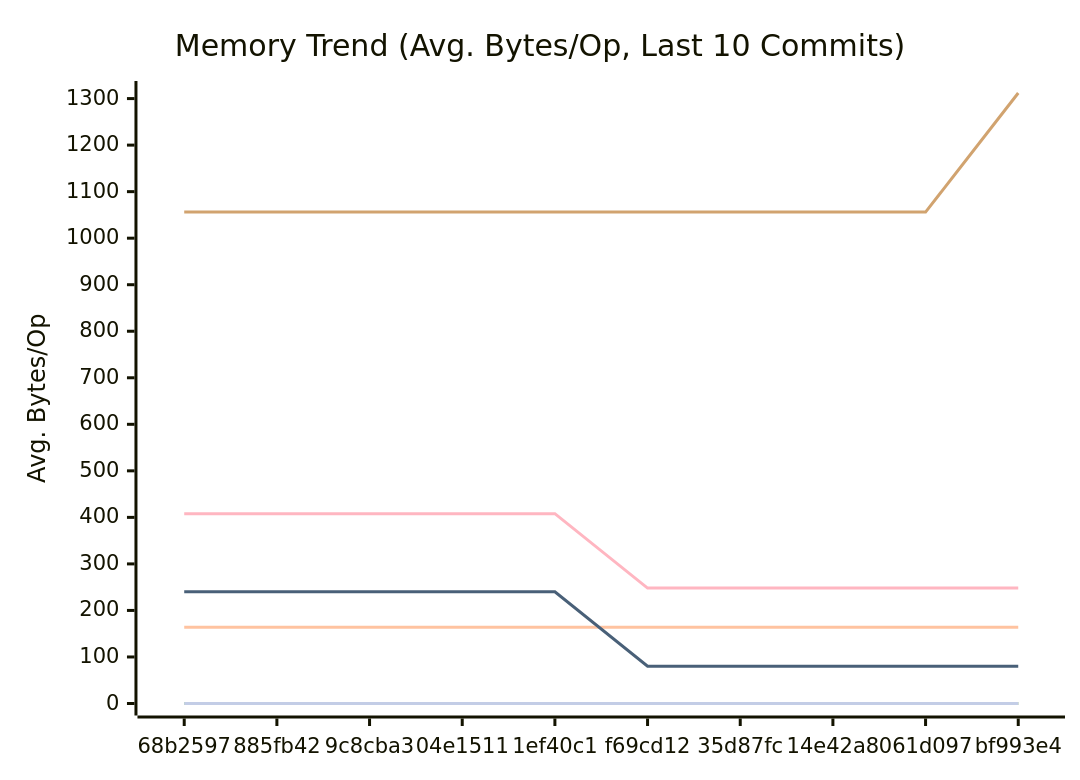
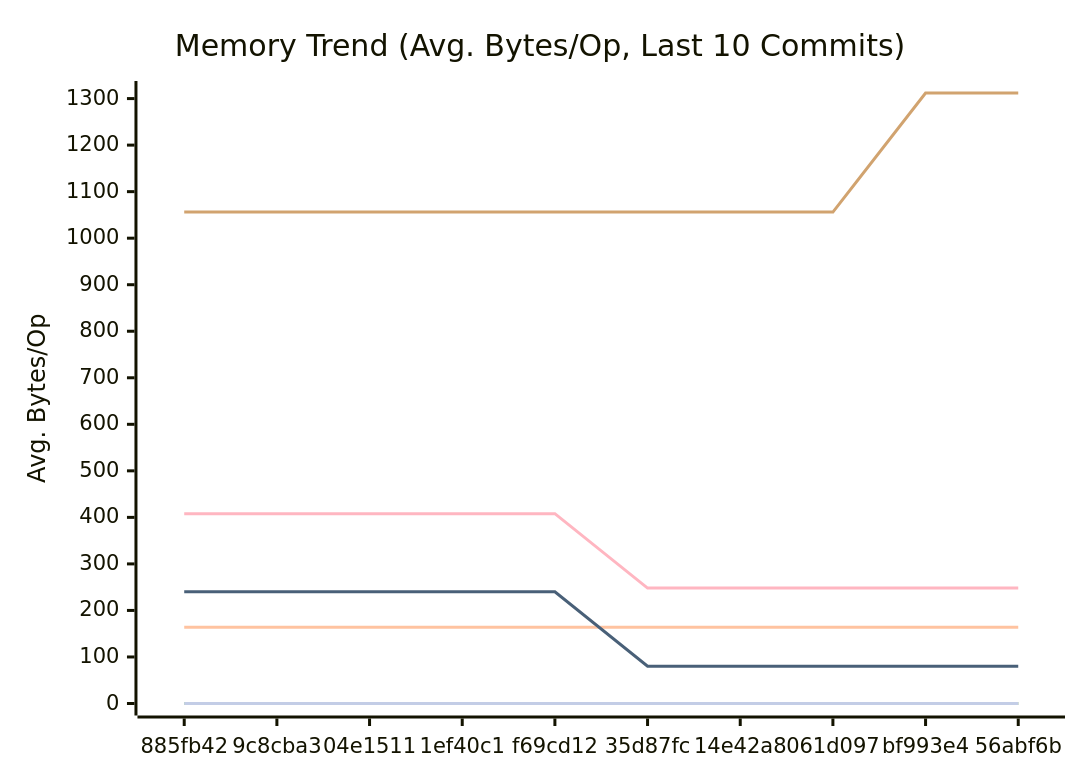
One commit to alsotoes/momo changed the second of 3 diagrams in docs/PERFORMANCE.md. Above: the diagram before and after it, drawn with Mermaid. The commit also changed other lines of this file and 1 other file, not shown here.

````diff
--- a/docs/PERFORMANCE.md
+++ b/docs/PERFORMANCE.md
@@ -99,16 +97,16 @@
 ```mermaid
 xychart-beta
     title "Memory Trend (Avg. Bytes/Op, Last 10 Commits)"
     x-axis "Commit"
     y-axis "Avg. Bytes/Op"
-    x-axis [68b2597,885fb42,9c8cba3,04e1511,1ef40c1,f69cd12,35d87fc,14e42a8,061d097,bf993e4]
+    x-axis [885fb42,9c8cba3,04e1511,1ef40c1,f69cd12,35d87fc,14e42a8,061d097,bf993e4,56abf6b]
     line "CheckMetricsAndSwap" [0,0,0,0,0,0,0,0,0,0]
     line "CrushOptimized" [0,0,0,0,0,0,0,0,0,0]
     line "CrushOriginal" [164,164,164,164,164,164,164,164,164,164]
     line "IndexDirectTracking" [0,0,0,0,0,0,0,0,0,0]
     line "IndexSearch" [0,0,0,0,0,0,0,0,0,0]
-    line "LoadGlobalConfig" [1056,1056,1056,1056,1056,1056,1056,1056,1056,1312]
+    line "LoadGlobalConfig" [1056,1056,1056,1056,1056,1056,1056,1056,1312,1312]
     line "PadString" [0,0,0,0,0,0,0,0,0,0]
     line "ParseReplicationOrder_NoPrealloc" [408,408,408,408,408,248,248,248,248,248]
     line "ParseReplicationOrder_Prealloc" [240,240,240,240,240,80,80,80,80,80]
 ```
````
